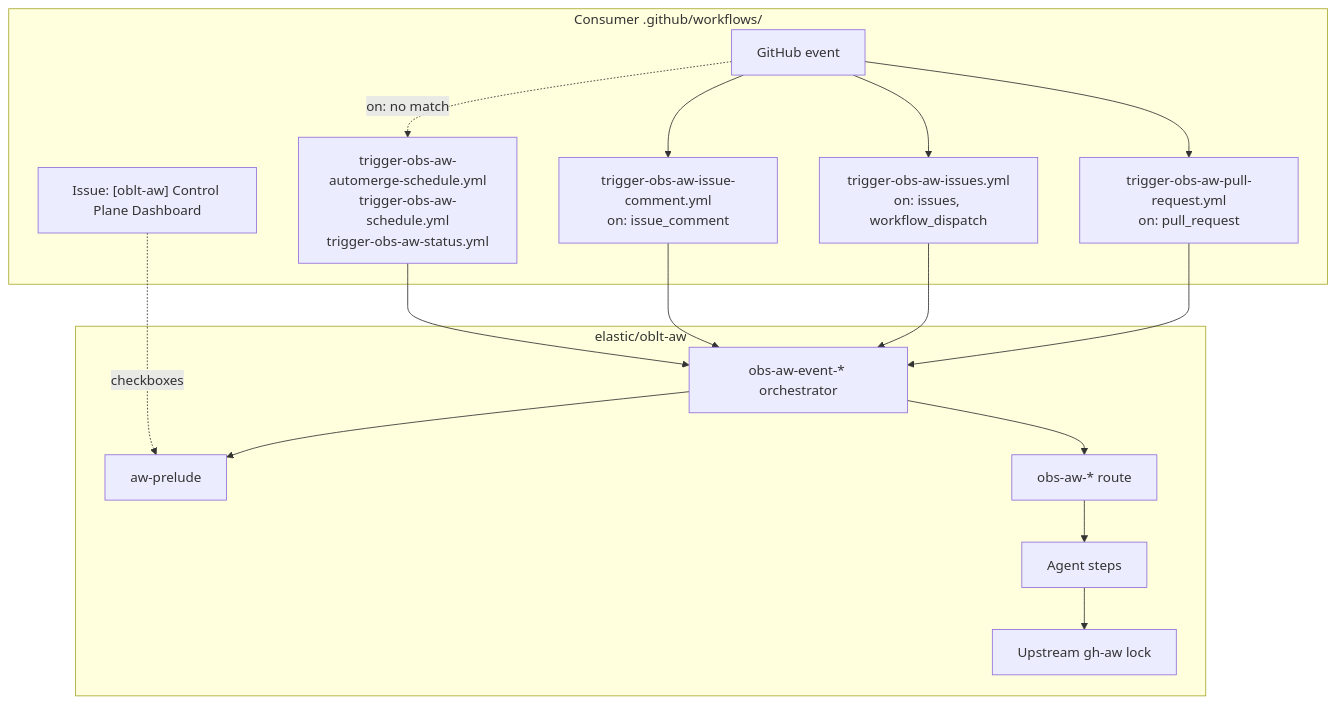
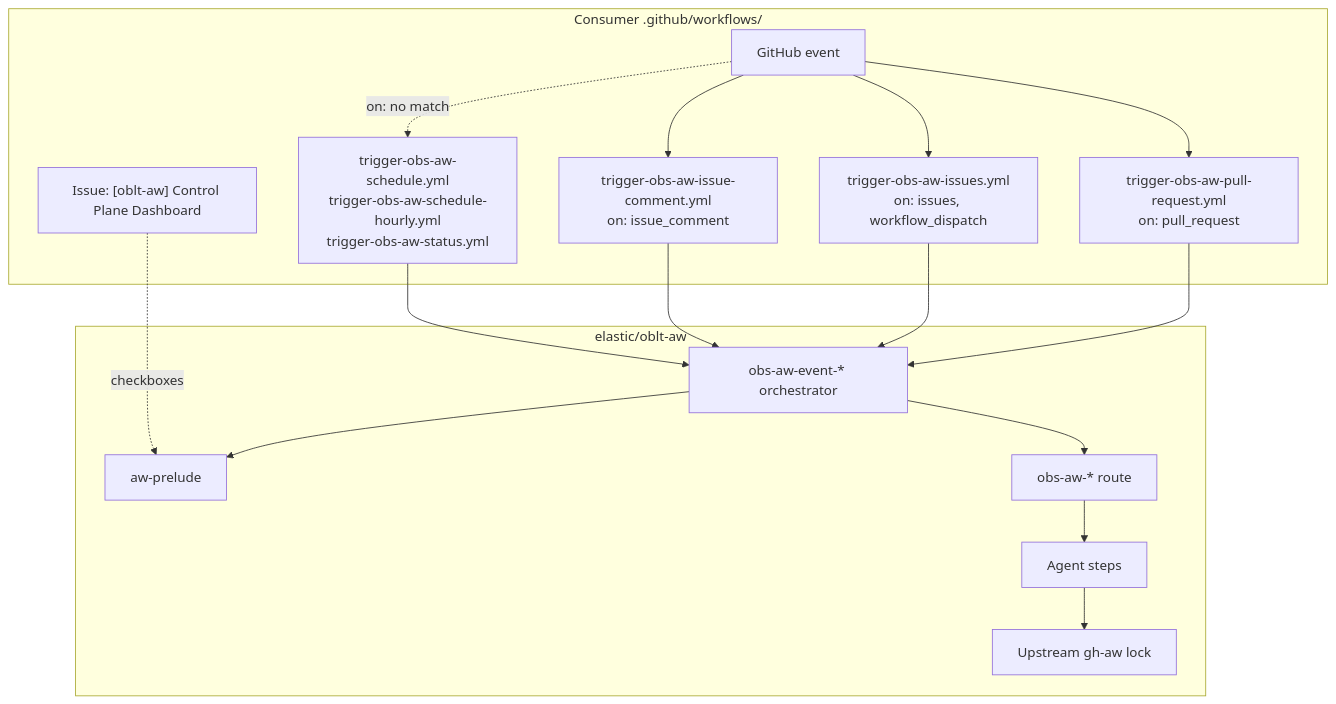
Before and after one commit to elastic/oblt-aw: the diagram in docs/workflows/obs-aw-client-template.md, drawn with Mermaid. The commit also changed other lines of this file and 14 other files, not shown here.

First line of the commit message:
refactor(schedule): reuse event-schedule with daily/hourly profiles

````diff
--- a/docs/workflows/obs-aw-client-template.md
+++ b/docs/workflows/obs-aw-client-template.md
@@ -19,32 +19,32 @@
 ```mermaid
 flowchart TB
   subgraph Consumer["Consumer .github/workflows/"]
     EVT["GitHub event"]
     C_PR["trigger-obs-aw-pull-request.yml\non: pull_request"]
     C_ISS["trigger-obs-aw-issues.yml\non: issues, workflow_dispatch"]
     C_COM["trigger-obs-aw-issue-comment.yml\non: issue_comment"]
-    C_SCH["trigger-obs-aw-automerge-schedule.yml\ntrigger-obs-aw-schedule.yml\ntrigger-obs-aw-status.yml"]
+    C_SCH["trigger-obs-aw-schedule.yml\ntrigger-obs-aw-schedule-hourly.yml\ntrigger-obs-aw-status.yml"]
     DASH["Issue: [oblt-aw] Control Plane Dashboard"]
     EVT --> C_PR
     EVT --> C_ISS
     EVT --> C_COM
     EVT -.->|on: no match| C_SCH
   end
 
   subgraph OBLT["elastic/oblt-aw"]
     ORCH["obs-aw-event-* orchestrator"]
     CTX["aw-prelude"]
     R["obs-aw-* route"]
     AG["Agent steps"]
     LOCK["Upstream gh-aw lock"]
     ORCH --> CTX
     ORCH --> R
     R --> AG --> LOCK
   end
 
   DASH -.->|checkboxes| CTX
   C_PR --> ORCH
   C_ISS --> ORCH
   C_COM --> ORCH
   C_SCH --> ORCH
 ```
````
